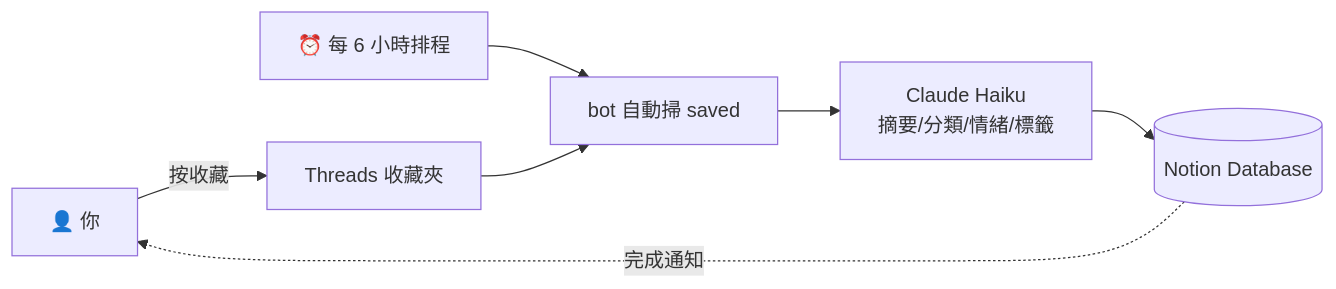
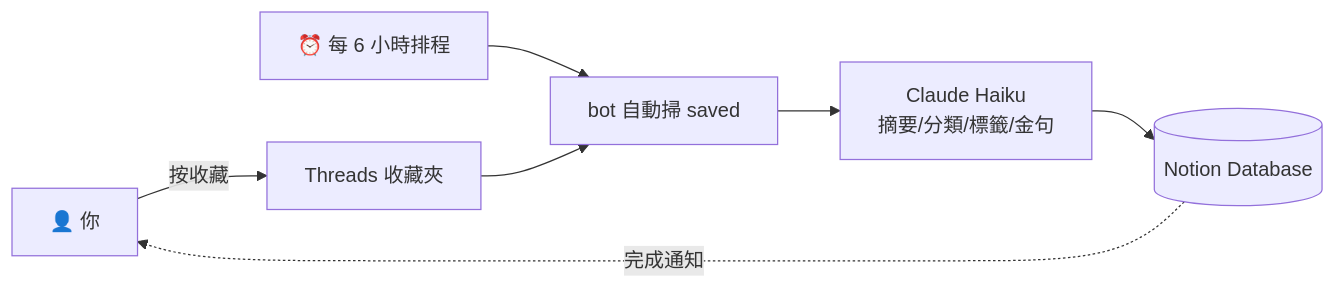
One commit to kengkeng44/Telegram-Bot-Workflow-Suite-Publishing-Bookmarking changed the first of 2 diagrams in README.md. Above: the diagram before and after it, drawn with Mermaid. The commit also changed other lines of this file and 1 other file, not shown here.

````diff
--- a/README.md
+++ b/README.md
@@ -22,9 +22,9 @@
 ```mermaid
 flowchart LR
     U[👤 你] -->|按收藏| THREADS_FAV[Threads 收藏夾]
     SCHED[⏰ 每 6 小時排程] --> SYNC[bot 自動掃 saved]
     THREADS_FAV --> SYNC
-    SYNC --> CLAUDE1[Claude Haiku<br/>摘要/分類/情緒/標籤]
+    SYNC --> CLAUDE1[Claude Haiku<br/>摘要/分類/標籤/金句]
     CLAUDE1 --> NOTION1[(Notion Database)]
     NOTION1 -.->|完成通知| U
 ```
````
